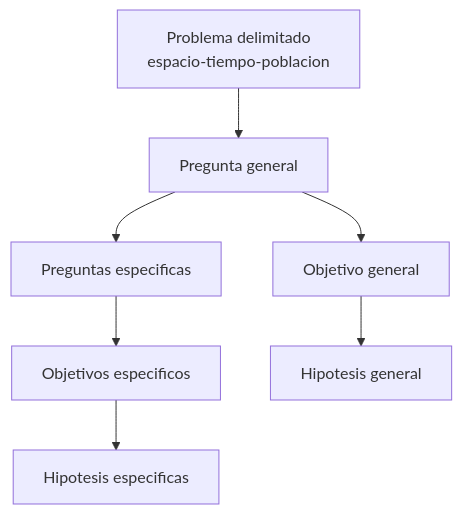
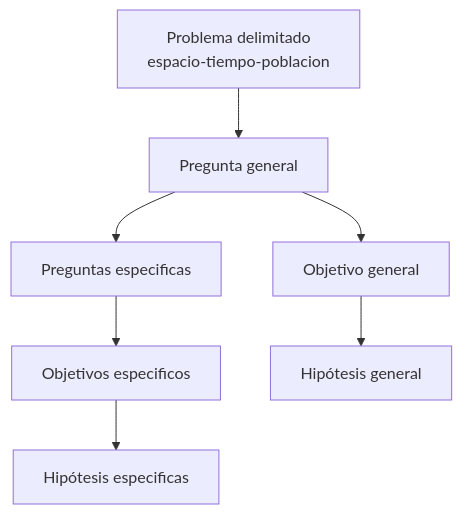
One commit to NavaSergio/SP1-material-estudiantes changed the first of 2 diagrams in docs/U3-1-Constructo-Pregunta-investigacion/Pregunta-investigacion.qmd. Above: the diagram before and after it, drawn with Mermaid. The commit also changed other lines of this file and 120 other files, not shown here.

````diff
--- a/docs/U3-1-Constructo-Pregunta-investigacion/Pregunta-investigacion.qmd
+++ b/docs/U3-1-Constructo-Pregunta-investigacion/Pregunta-investigacion.qmd
@@ -138,9 +138,9 @@
 ```{mermaid}
 flowchart TB
   A[Problema delimitado<br/>espacio-tiempo-poblacion] --> B[Pregunta general]
   B --> C[Preguntas especificas]
   B --> D[Objetivo general]
   C --> E[Objetivos especificos]
-  D --> F[Hipotesis general]
-  E --> G[Hipotesis especificas]
+  D --> F[Hipótesis general]
+  E --> G[Hipótesis especificas]
 ```
````
